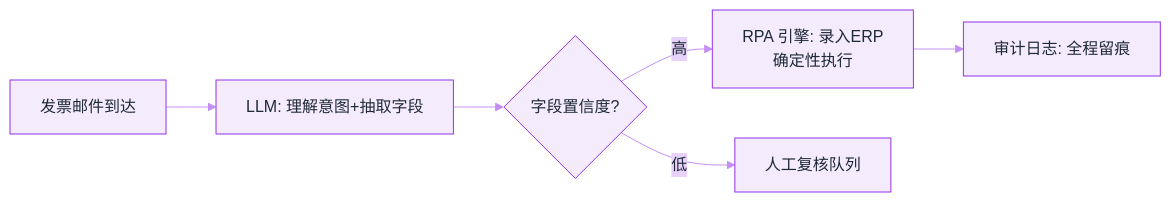
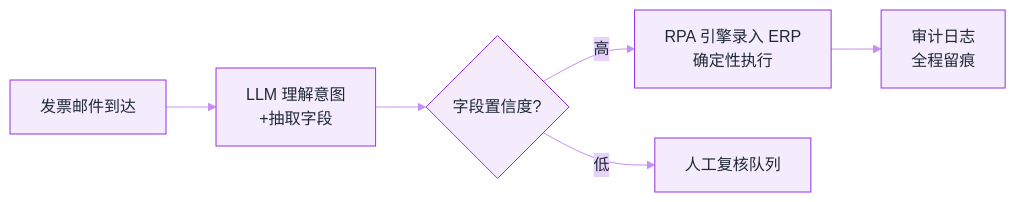
One commit to funny8kids/ai-agent-handbook changed the diagram in docs/12-applications/rpa.md. Above: the diagram before and after it, drawn with Mermaid. The commit also changed 39 other files, not shown here.

First line of the commit message:
Round 15: re-measure all diagrams on GitBook's real mermaid version (11.14.0)

````diff
--- a/docs/12-applications/rpa.md
+++ b/docs/12-applications/rpa.md
@@ -26,9 +26,9 @@
 ```mermaid
 %%{init: {"theme":"base","themeVariables":{"primaryColor":"#F4EBFD","primaryBorderColor":"#9333EA","primaryTextColor":"#1F2937","secondaryColor":"#E7D2FA","tertiaryColor":"#FBF7FE","lineColor":"#C48FF3","actorBkg":"#F6EFFD","actorBorder":"#9333EA","actorTextColor":"#1F2937","signalColor":"#B370F0","noteBkgColor":"#ECDAFB","noteBorderColor":"#9333EA","noteTextColor":"#1F2937","labelBoxBkgColor":"#F4EBFD","labelBoxBorderColor":"#9333EA"}}}%%
 flowchart LR
-  M[发票邮件到达] --> U[LLM: 理解意图+抽取字段]
+  M[发票邮件到达] --> U[LLM 理解意图<br/>+抽取字段]
   U --> V{字段置信度?}
-  V -- 高 --> R[RPA 引擎: 录入ERP<br/>确定性执行]
+  V -- 高 --> R[RPA 引擎录入 ERP<br/>确定性执行]
   V -- 低 --> H[人工复核队列]
-  R --> A[审计日志: 全程留痕]
+  R --> A[审计日志<br/>全程留痕]
 ```
````
